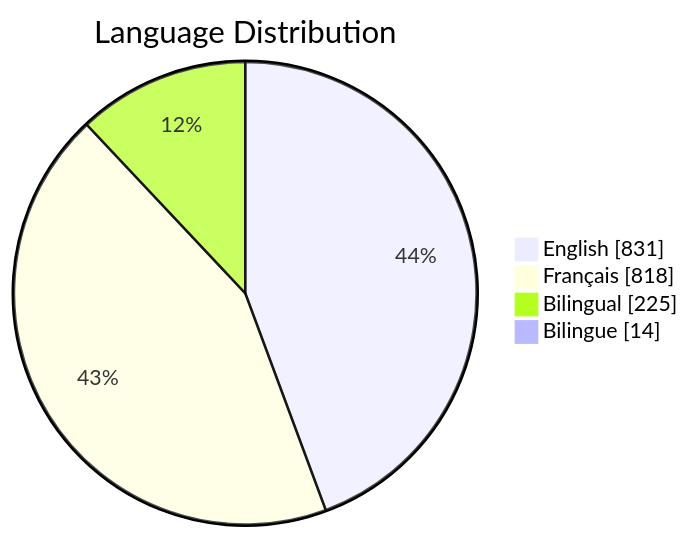
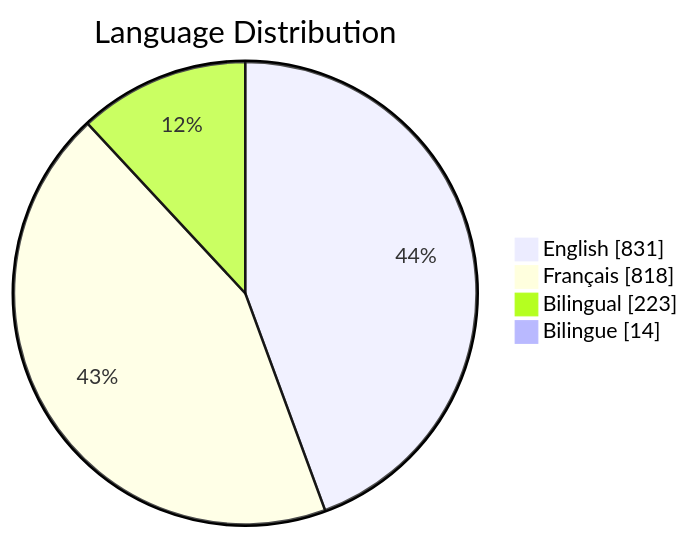
Before and after one commit to PatLittle/GC-Socials: the third of 6 diagrams in README.md, drawn with Mermaid. The commit also changed other lines of this file, not shown here.

Commit message:
Update README with Platform Distribution pie chart

````diff
--- a/README.md
+++ b/README.md
@@ -65,7 +65,7 @@
 ```mermaid
 pie showData title Language Distribution
     "English": 831
     "Français": 818
-    "Bilingual": 225
+    "Bilingual": 223
     "Bilingue": 14
 ```
````
